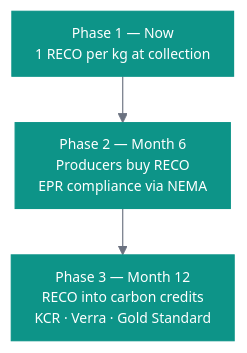
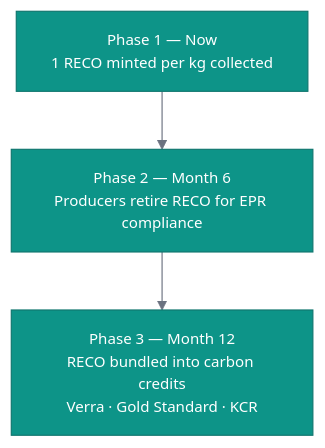
The fifth of 5 diagrams in README.md (Matxchange/matXchange), drawn with Mermaid before and after one commit. The commit also changed other lines of this file, not shown here.

Commit message:
Update mermaid diagrams in README.md

````diff
--- a/README.md
+++ b/README.md
@@ -131,6 +131,6 @@
 ```mermaid
-%%{init: {"theme": "base", "themeVariables": {"primaryColor": "#0D9488", "primaryTextColor": "#ffffff", "primaryBorderColor": "#0D9488", "lineColor": "#6B7280", "fontFamily": "ui-monospace, monospace", "fontSize": "12px"}, "flowchart": {"curve": "basis", "nodeSpacing": 30, "rankSpacing": 40, "padding": 10}}}%%
+%%{init: {"theme": "base", "themeVariables": {"primaryColor": "#0D9488", "primaryTextColor": "#ffffff", "primaryBorderColor": "#0F766E", "lineColor": "#6B7280", "fontFamily": "ui-monospace, monospace", "fontSize": "13px"}}}%%
 flowchart TD
-    A[Phase 1 — Now\n1 RECO per kg at collection] --> B[Phase 2 — Month 6\nProducers buy RECO\nEPR compliance via NEMA]
-    B --> C[Phase 3 — Month 12\nRECO into carbon credits\nKCR · Verra · Gold Standard]
+    A[Phase 1 — Now\n1 RECO minted per kg collected] --> B[Phase 2 — Month 6\nProducers retire RECO for EPR compliance]
+    B --> C[Phase 3 — Month 12\nRECO bundled into carbon credits\nVerra · Gold Standard · KCR]
 ```
````
